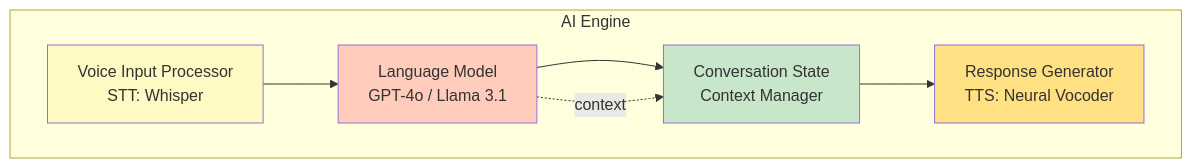
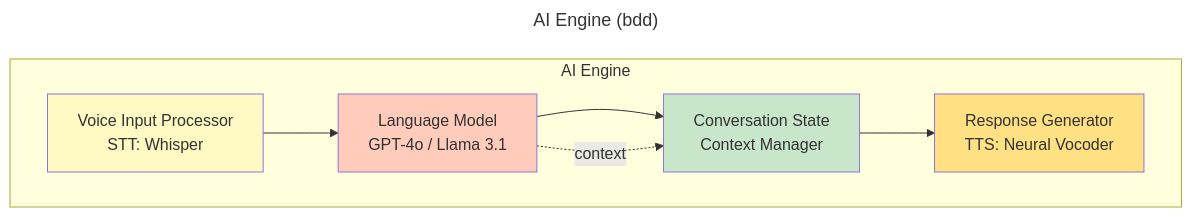
One commit to AzamkhonKh/ai_sla_vr changed the diagram in figures/02_structure/level_1/sysml-bdd-01-ai-engine.mmd. Above: the diagram before and after it, drawn with Mermaid. The commit also changed 61 other files, not shown here.

```diff
--- a/figures/02_structure/level_1/sysml-bdd-01-ai-engine.mmd
+++ b/figures/02_structure/level_1/sysml-bdd-01-ai-engine.mmd
@@ -1,17 +1,20 @@
+---
+title: AI Engine (bdd)
+---
 graph TB
     subgraph "AI Engine"
         A["Voice Input Processor<br/>STT: Whisper"]
         B["Language Model<br/>GPT-4o / Llama 3.1"]
         C["Response Generator<br/>TTS: Neural Vocoder"]
         D["Conversation State<br/>Context Manager"]
     end
     
     A --> B
     B --> D
     D --> C
     B -.->|context| D
     
     style A fill:#fff9c4
     style B fill:#ffccbc
     style C fill:#ffe082
     style D fill:#c8e6c9
```
